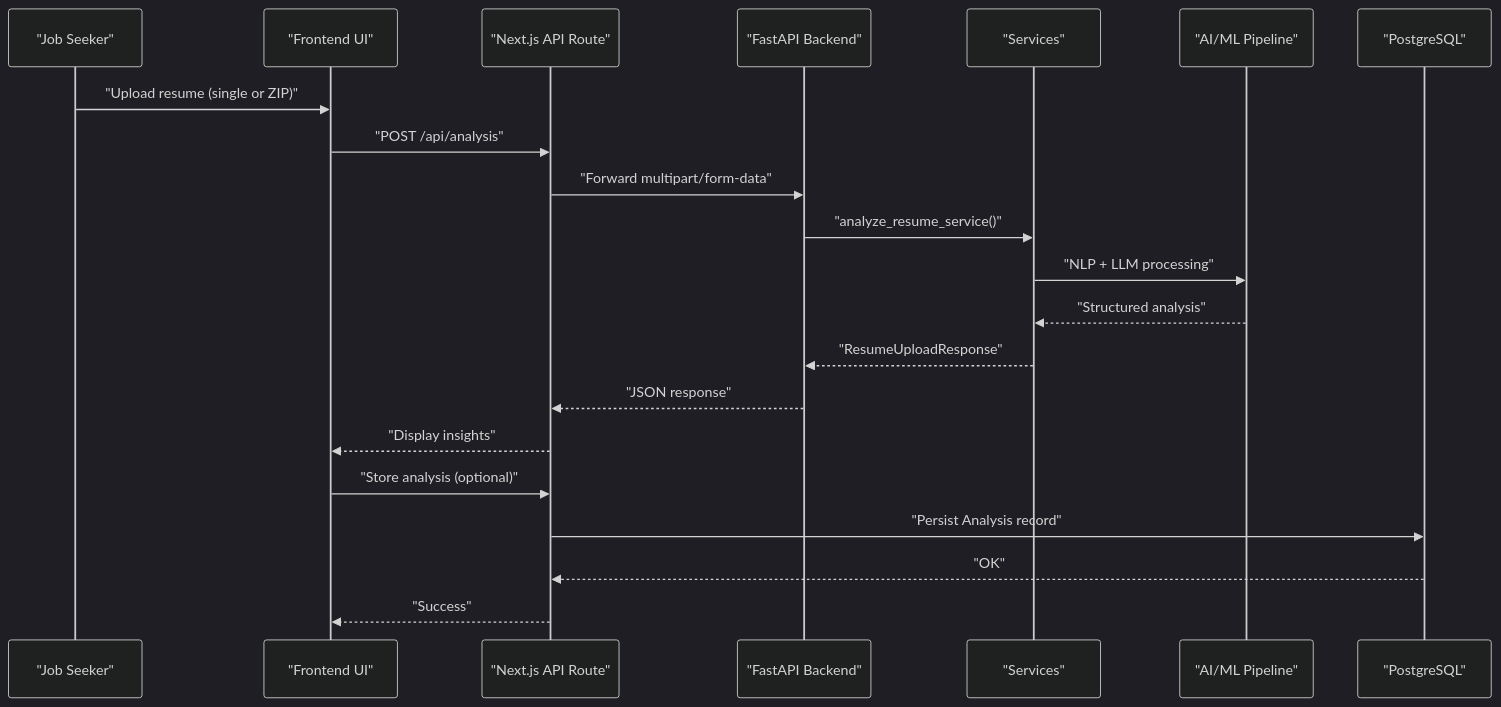
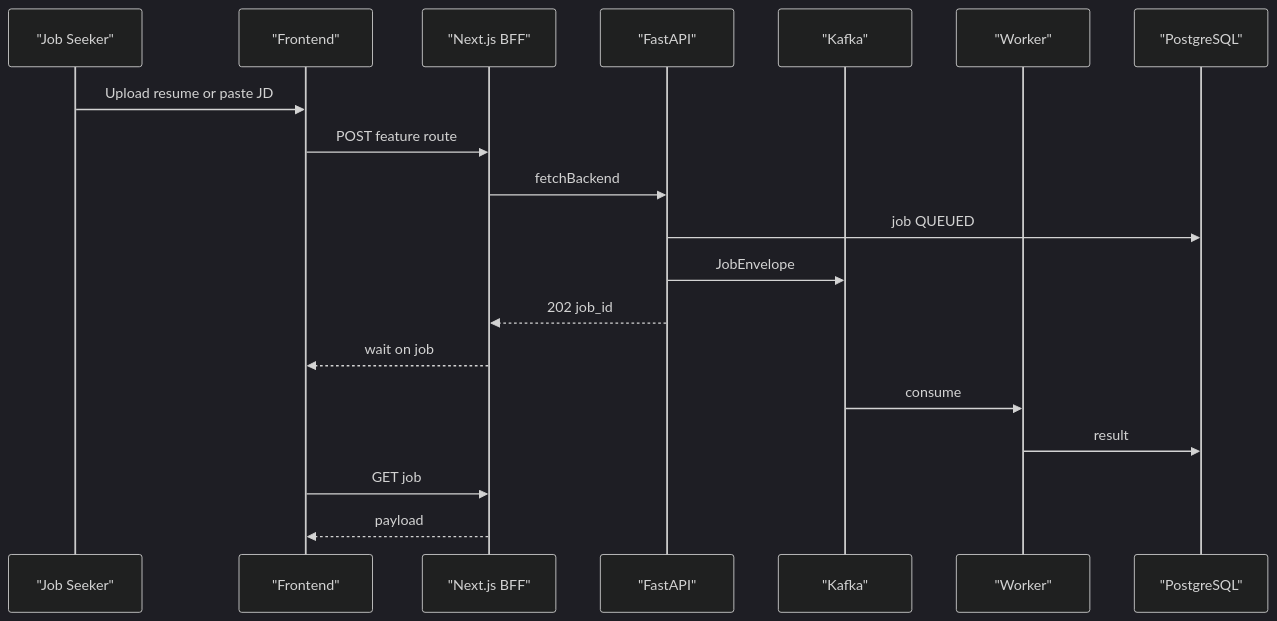
One commit to tashifkhan/tashif.codes changed the second of 4 diagrams in src/data/docs/talentsync/Project Overview/Key Features Breakdown.md. Above: the diagram before and after it, drawn with Mermaid (dark theme). The commit also changed other lines of this file and 2128 other files, not shown here.

First line of the commit message:
docs: replace raster diagram images with native Mermaid across project guides

````diff
--- a/src/data/docs/talentsync/Project Overview/Key Features Breakdown.md
+++ b/src/data/docs/talentsync/Project Overview/Key Features Breakdown.md
@@ -103,23 +86,21 @@
 ```mermaid
 sequenceDiagram
 participant User as "Job Seeker"
-participant UI as "Frontend UI"
-participant API as "Next.js API Route"
-participant BE as "FastAPI Backend"
-participant SVC as "Services"
-participant ML as "AI/ML Pipeline"
+participant UI as "Frontend"
+participant API as "Next.js BFF"
+participant BE as "FastAPI"
+participant K as "Kafka"
+participant W as "Worker"
 participant DB as "PostgreSQL"
-User->>UI : "Upload resume (single or ZIP)"
-UI->>API : "POST /api/analysis"
-API->>BE : "Forward multipart/form-data"
-BE->>SVC : "analyze_resume_service()"
-SVC->>ML : "NLP + LLM processing"
-ML-->>SVC : "Structured analysis"
-SVC-->>BE : "ResumeUploadResponse"
-BE-->>API : "JSON response"
-API-->>UI : "Display insights"
-UI->>API : "Store analysis (optional)"
-API->>DB : "Persist Analysis record"
-DB-->>API : "OK"
-API-->>UI : "Success"
+User->>UI : Upload resume or paste JD
+UI->>API : POST feature route
+API->>BE : fetchBackend
+BE->>DB : job QUEUED
+BE->>K : JobEnvelope
+BE-->>API : 202 job_id
+API-->>UI : wait on job
+K->>W : consume
+W->>DB : result
+UI->>API : GET job
+API-->>UI : payload
 ```
````
